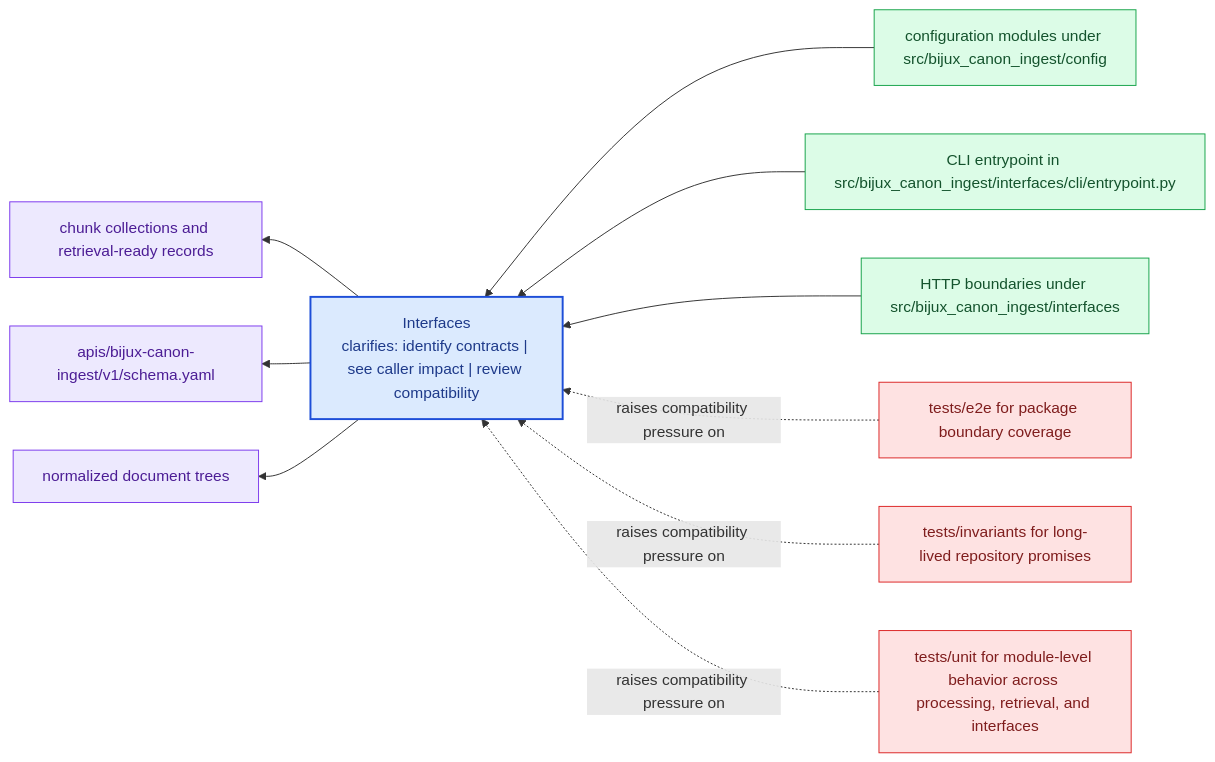
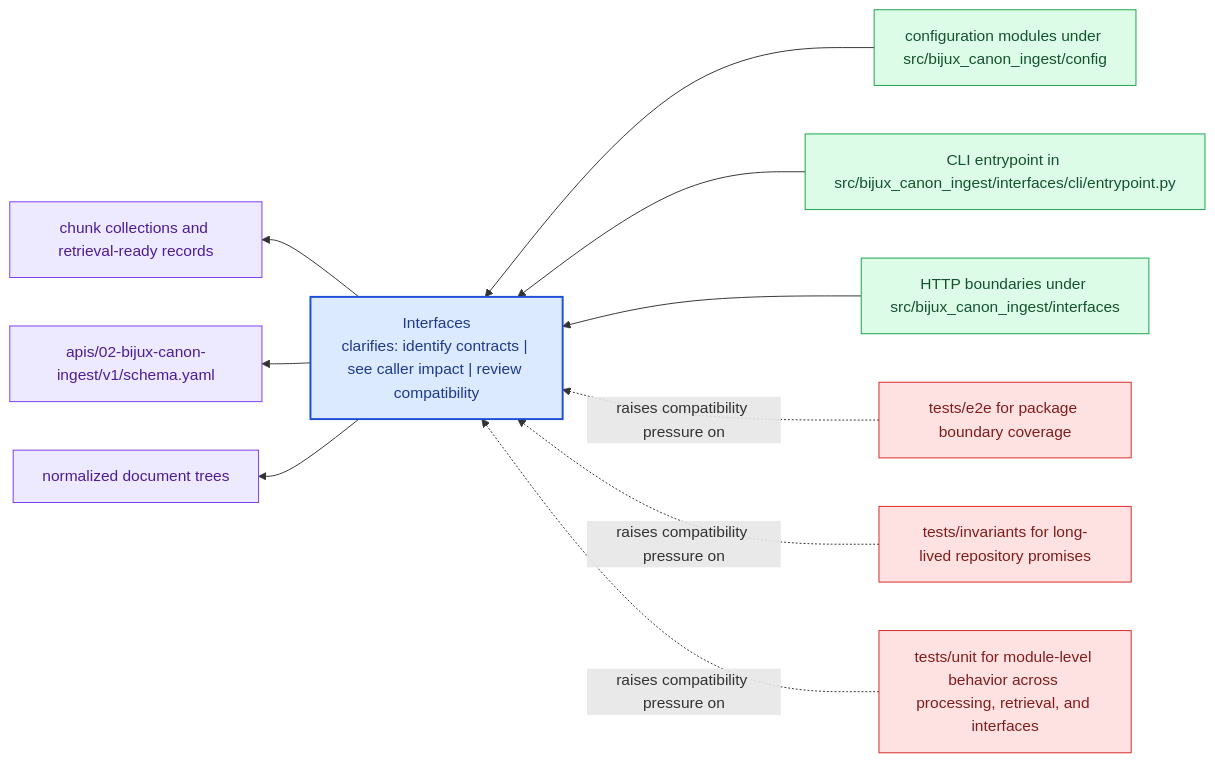
The diagram in docs/02-bijux-canon-ingest/interfaces/index.md (bijux/bijux-canon), drawn with Mermaid before and after one commit. The commit also changed other lines of this file and 167 other files, not shown here.

````diff
--- a/docs/02-bijux-canon-ingest/interfaces/index.md
+++ b/docs/02-bijux-canon-ingest/interfaces/index.md
@@ -20,31 +20,31 @@
 ```mermaid
 flowchart RL
     page["Interfaces<br/>clarifies: identify contracts | see caller impact | review compatibility"]
     classDef page fill:#dbeafe,stroke:#1d4ed8,color:#1e3a8a,stroke-width:2px;
     classDef positive fill:#dcfce7,stroke:#16a34a,color:#14532d;
     classDef caution fill:#fee2e2,stroke:#dc2626,color:#7f1d1d;
     classDef anchor fill:#ede9fe,stroke:#7c3aed,color:#4c1d95;
     classDef action fill:#fef3c7,stroke:#d97706,color:#7c2d12;
     surface1["configuration modules under src/bijux_canon_ingest/config"]
     surface1 --> page
     surface2["CLI entrypoint in src/bijux_canon_ingest/interfaces/cli/entrypoint.py"]
     surface2 --> page
     surface3["HTTP boundaries under src/bijux_canon_ingest/interfaces"]
     surface3 --> page
     proof1["chunk collections and retrieval-ready records"]
     page --> proof1
-    proof2["apis/bijux-canon-ingest/v1/schema.yaml"]
+    proof2["apis/02-bijux-canon-ingest/v1/schema.yaml"]
     page --> proof2
     proof3["normalized document trees"]
     page --> proof3
     review1["tests/e2e for package boundary coverage"]
     review1 -.raises compatibility pressure on.-> page
     review2["tests/invariants for long-lived repository promises"]
     review2 -.raises compatibility pressure on.-> page
     review3["tests/unit for module-level behavior across processing, retrieval, and interfaces"]
     review3 -.raises compatibility pressure on.-> page
     class page page;
     class surface1,surface2,surface3 positive;
     class proof1,proof2,proof3 anchor;
     class review1,review2,review3 caution;
 ```
````
